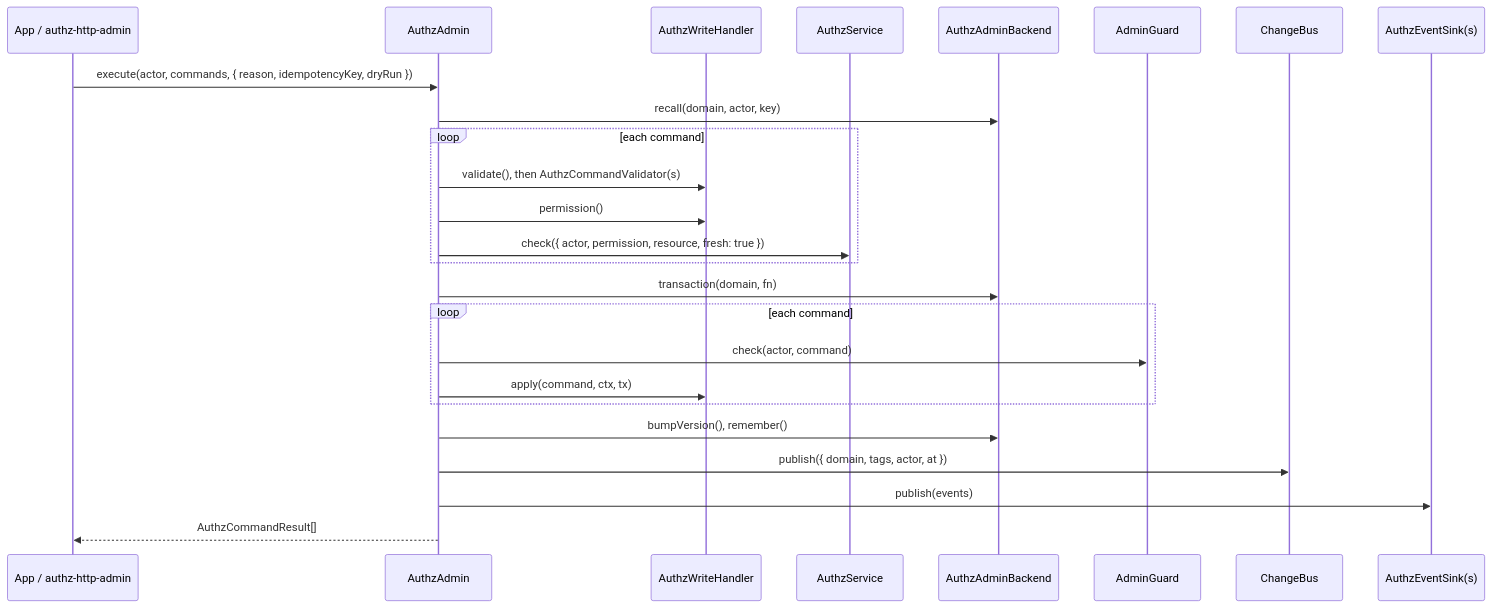
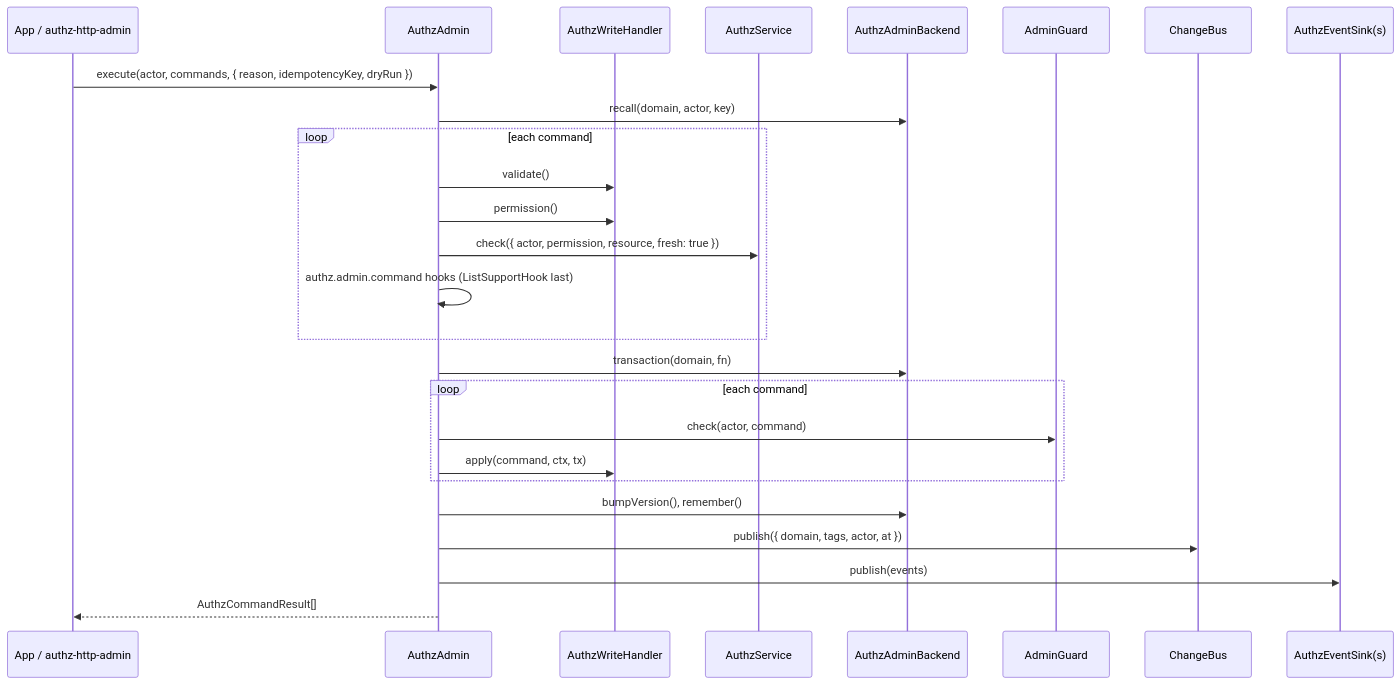
One commit to spinajs/main changed the diagram in docs/authz/10-authz-admin.md. Above: the diagram before and after it, drawn with Mermaid. The commit also changed other lines of this file and 20 other files, not shown here.

First line of the commit message:
docs: impersonation start, list-support and session-start hooks

````diff
--- a/docs/authz/10-authz-admin.md
+++ b/docs/authz/10-authz-admin.md
@@ -20,27 +20,28 @@
 ```mermaid
 sequenceDiagram
   participant Caller as App / authz-http-admin
   participant Admin as AuthzAdmin
   participant Handler as AuthzWriteHandler
   participant Service as AuthzService
   participant Backend as AuthzAdminBackend
   participant Guard as AdminGuard
   participant Bus as ChangeBus
   participant Sinks as AuthzEventSink(s)
   Caller->>Admin: execute(actor, commands, { reason, idempotencyKey, dryRun })
   Admin->>Backend: recall(domain, actor, key)
   loop each command
-    Admin->>Handler: validate(), then AuthzCommandValidator(s)
+    Admin->>Handler: validate()
     Admin->>Handler: permission()
     Admin->>Service: check({ actor, permission, resource, fresh: true })
+    Admin->>Admin: authz.admin.command hooks (ListSupportHook last)
   end
   Admin->>Backend: transaction(domain, fn)
   loop each command
     Admin->>Guard: check(actor, command)
     Admin->>Handler: apply(command, ctx, tx)
   end
   Admin->>Backend: bumpVersion(), remember()
   Admin->>Bus: publish({ domain, tags, actor, at })
   Admin->>Sinks: publish(events)
   Admin-->>Caller: AuthzCommandResult[]
 ```
````
